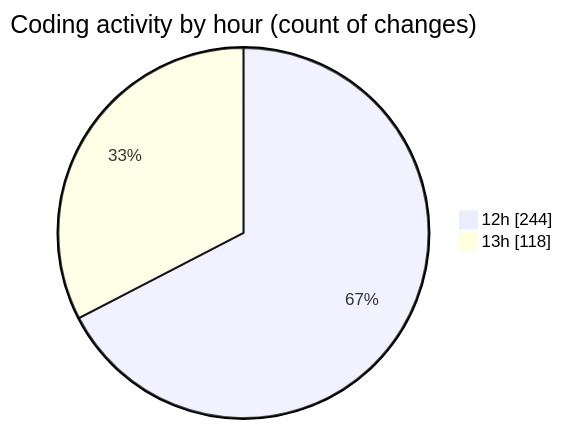
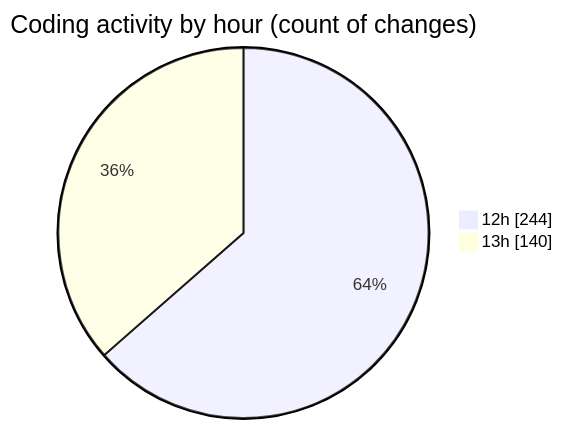
One commit to ernivani/code-tracking changed the second of 2 diagrams in repositories/2024-12-26/leetcode-solutions/README.md. Above: the diagram before and after it, drawn with Mermaid. The commit also changed other lines of this file and 1 other file, not shown here.

````diff
--- a/repositories/2024-12-26/leetcode-solutions/README.md
+++ b/repositories/2024-12-26/leetcode-solutions/README.md
@@ -50,6 +51,6 @@
 ```mermaid
 pie showData
 title Coding activity by hour (count of changes)
 "12h" : 244
-"13h" : 118
+"13h" : 140
 ```
````
